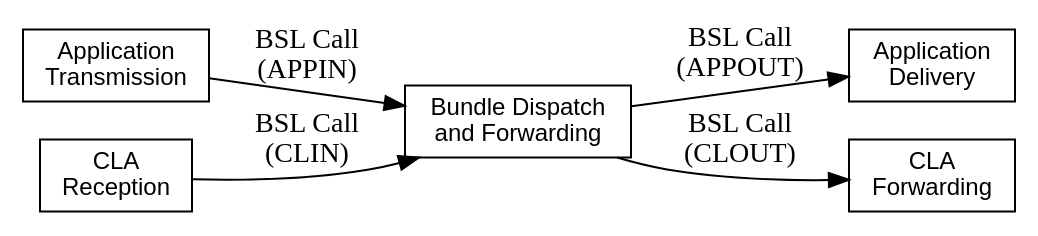
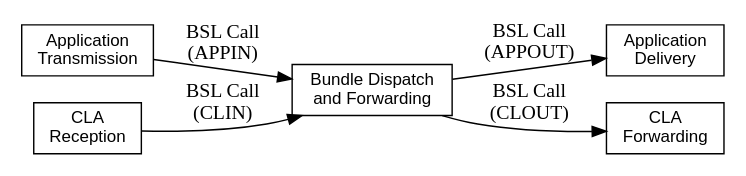
The diagram in user-guide/static/bsl-interaction-points.gv (NASA-AMMOS/BSL-docs), drawn with Graphviz before and after one commit. The commit also changed 2 other files, not shown here.

Commit message:
Size figures for PDF, add diagram for secondary

```diff
--- a/user-guide/static/bsl-interaction-points.gv
+++ b/user-guide/static/bsl-interaction-points.gv
@@ -1,15 +1,16 @@
 digraph bpa_interaction {
+    size="5,3"
     rankdir=LR;
     node [shape=record, fontname=Helvetica, fontsize=12];
 
     process [ label="Bundle Dispatch\nand Forwarding" ];
     appin [ label="Application\nTransmission" ];
     appout [ label="Application\nDelivery" ];
     clin [ label="CLA\nReception" ];
     clout [ label="CLA\nForwarding" ];
 
     appin -> process [ label="BSL Call\n(APPIN)" ];
     process -> appout [ label="BSL Call\n(APPOUT)" ];
     clin -> process [ label="BSL Call\n(CLIN)" ];
     process -> clout [ label="BSL Call\n(CLOUT)" ];
 }
```
